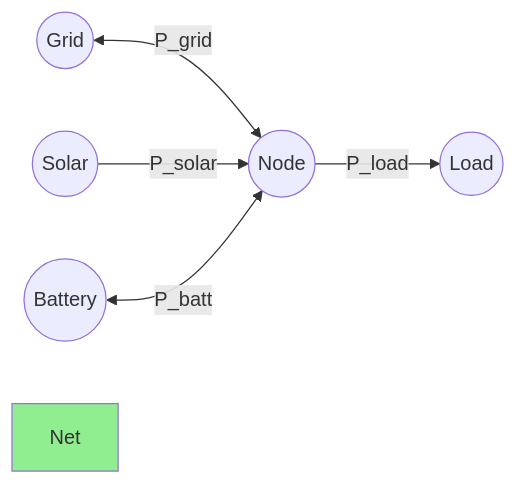
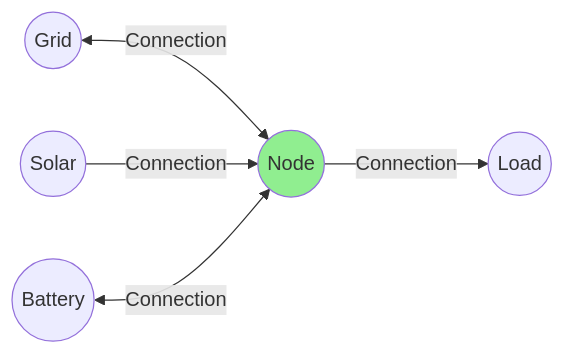
One commit to hass-energy/haeo changed the first of 2 diagrams in docs/modeling/index.md. Above: the diagram before and after it, drawn with Mermaid. The commit also changed other lines of this file and 16 other files, not shown here.

````diff
--- a/docs/modeling/index.md
+++ b/docs/modeling/index.md
@@ -76,9 +90,9 @@
 ```mermaid
 graph LR
-    Grid((Grid)) <-->|P_grid| Node((Node))
-    Solar((Solar)) -->|P_solar| Node
-    Battery((Battery)) <-->|P_batt| Node
-    Node -->|P_load| Load((Load))
+    Grid((Grid)) <-->|Connection| Node((Node))
+    Solar((Solar)) -->|Connection| Node
+    Battery((Battery)) <-->|Connection| Node
+    Node -->|Connection| Load((Load))
 
-    style Net fill:#90EE90
+    style Node fill:#90EE90
 ```
````
